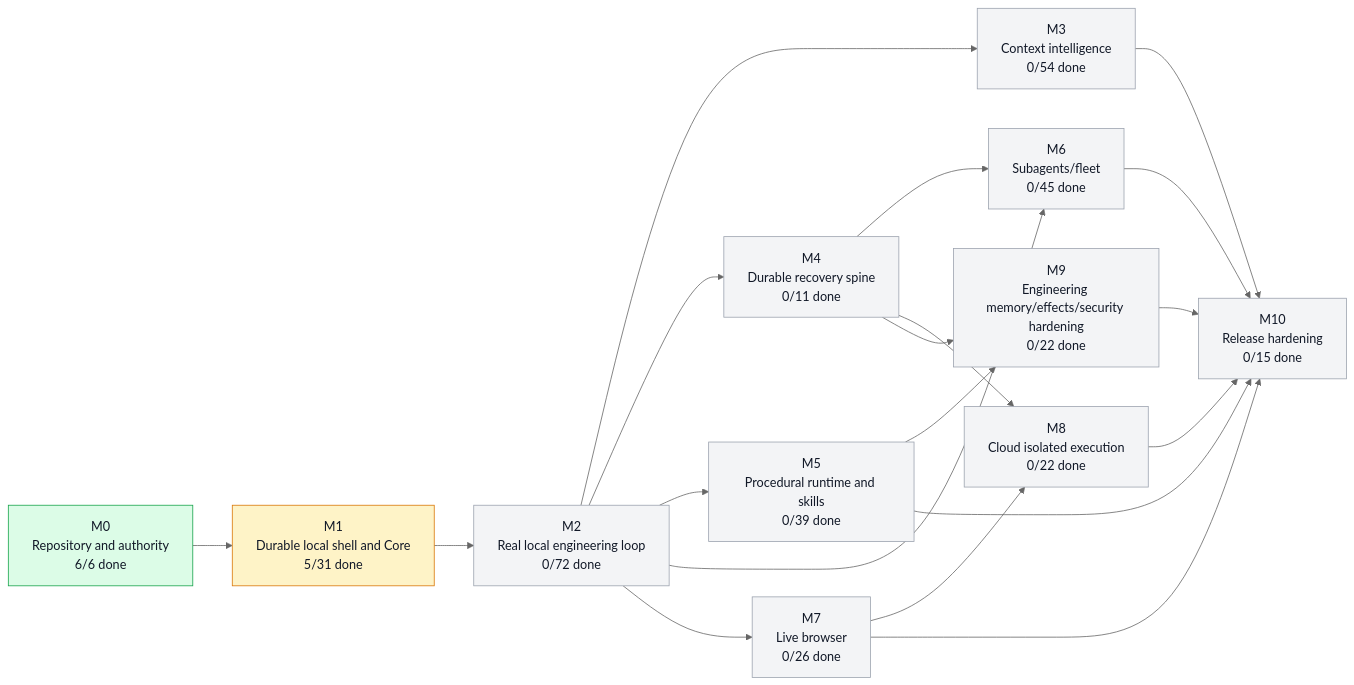
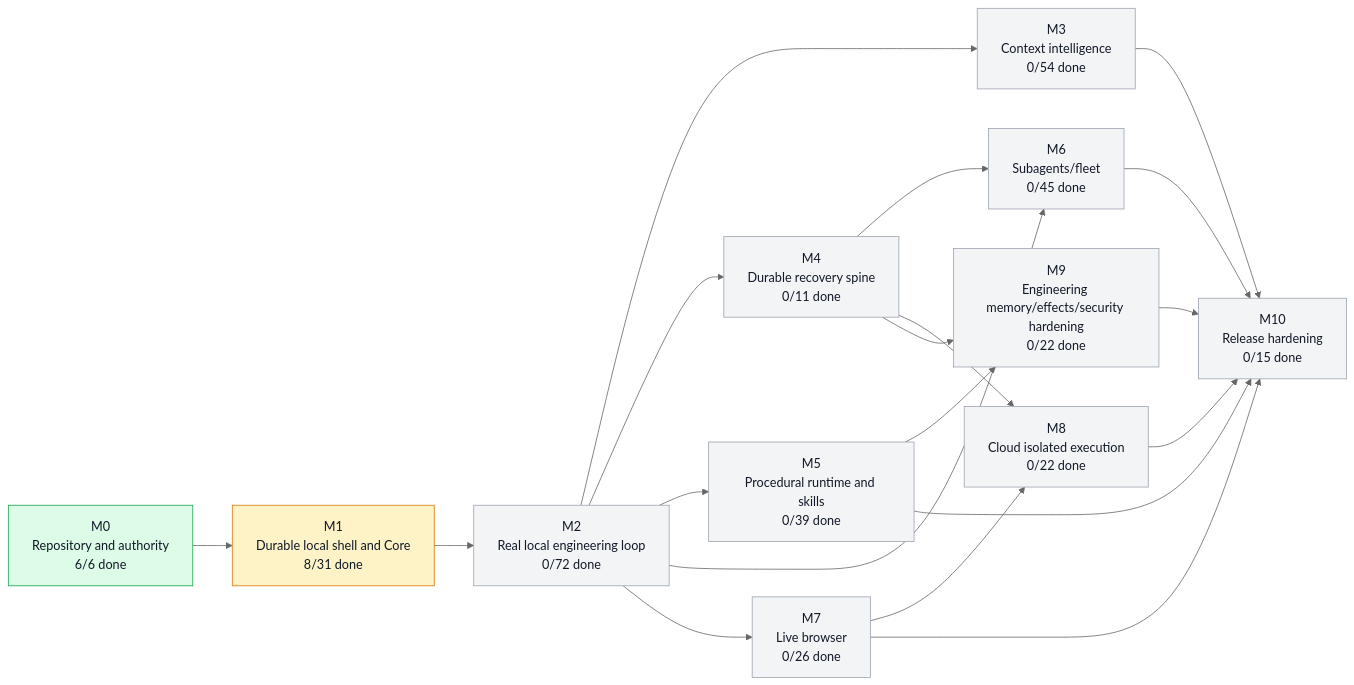
Before and after one commit to moss101/zmodbit: the first of 3 diagrams in graph/PROJECT_GRAPH.md, drawn with Mermaid (neutral theme). The commit also changed other lines of this file and 3 other files, not shown here.

````diff
--- a/graph/PROJECT_GRAPH.md
+++ b/graph/PROJECT_GRAPH.md
@@ -43,43 +43,43 @@
 ```mermaid
 flowchart LR
   M0["M0<br/>Repository and authority<br/>6/6 done"]
-  M1["M1<br/>Durable local shell and Core<br/>5/31 done"]
+  M1["M1<br/>Durable local shell and Core<br/>8/31 done"]
   M2["M2<br/>Real local engineering loop<br/>0/72 done"]
   M3["M3<br/>Context intelligence<br/>0/54 done"]
   M4["M4<br/>Durable recovery spine<br/>0/11 done"]
   M5["M5<br/>Procedural runtime and skills<br/>0/39 done"]
   M6["M6<br/>Subagents/fleet<br/>0/45 done"]
   M7["M7<br/>Live browser<br/>0/26 done"]
   M8["M8<br/>Cloud isolated execution<br/>0/22 done"]
   M9["M9<br/>Engineering memory/effects/security hardening<br/>0/22 done"]
   M10["M10<br/>Release hardening<br/>0/15 done"]
   M0 --> M1
   M1 --> M2
   M2 --> M3
   M2 --> M4
   M2 --> M5
   M2 --> M6
   M4 --> M6
   M2 --> M7
   M4 --> M8
   M7 --> M8
   M4 --> M9
   M5 --> M9
   M3 --> M10
   M5 --> M10
   M6 --> M10
   M7 --> M10
   M8 --> M10
   M9 --> M10
   style M0 fill:#dcfce7,stroke:#16a34a,color:#111827
   style M1 fill:#fef3c7,stroke:#d97706,color:#111827
   style M2 fill:#f3f4f6,stroke:#9ca3af,color:#111827
   style M3 fill:#f3f4f6,stroke:#9ca3af,color:#111827
   style M4 fill:#f3f4f6,stroke:#9ca3af,color:#111827
   style M5 fill:#f3f4f6,stroke:#9ca3af,color:#111827
   style M6 fill:#f3f4f6,stroke:#9ca3af,color:#111827
   style M7 fill:#f3f4f6,stroke:#9ca3af,color:#111827
   style M8 fill:#f3f4f6,stroke:#9ca3af,color:#111827
   style M9 fill:#f3f4f6,stroke:#9ca3af,color:#111827
   style M10 fill:#f3f4f6,stroke:#9ca3af,color:#111827
 ```
````
